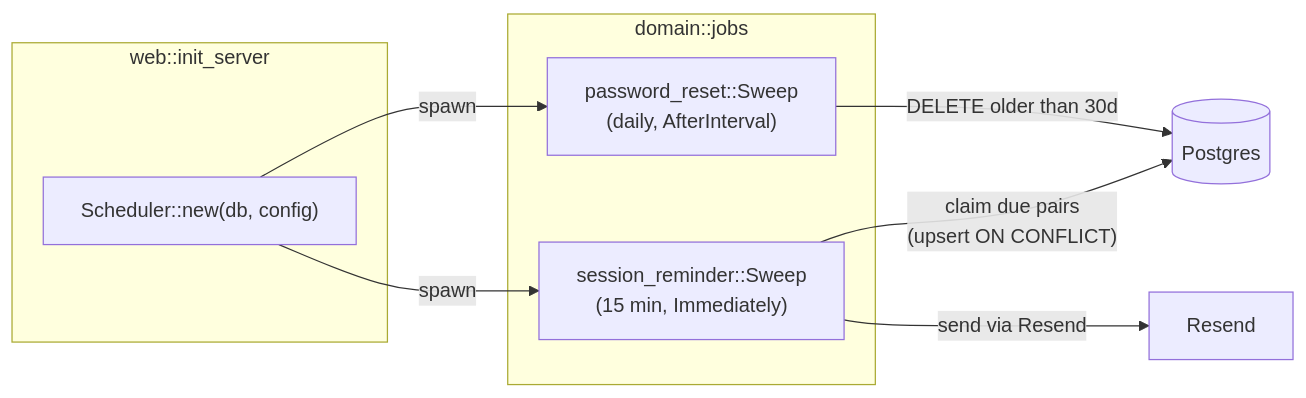
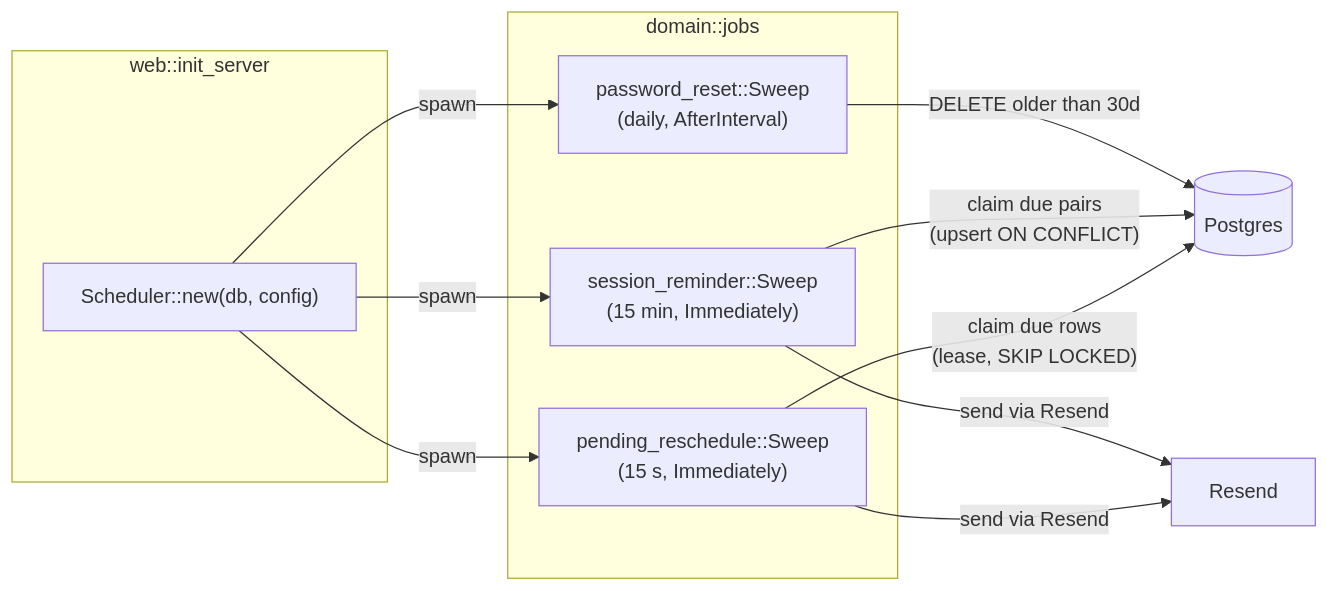
The diagram in docs/architecture/background_jobs.md (refactor-group/refactor-platform-rs), drawn with Mermaid before and after one commit. The commit also changed other lines of this file and 12 other files, not shown here.

````diff
--- a/docs/architecture/background_jobs.md
+++ b/docs/architecture/background_jobs.md
@@ -49,17 +49,21 @@
 ```mermaid
 flowchart LR
     subgraph web["web::init_server"]
         S["Scheduler::new(db, config)"]
     end
     subgraph jobs["domain::jobs"]
         PR["password_reset::Sweep\n(daily, AfterInterval)"]
         SR["session_reminder::Sweep\n(15 min, Immediately)"]
+        PRS["pending_reschedule::Sweep\n(15 s, Immediately)"]
     end
     DB[("Postgres")]
 
     S -->|spawn| PR
     S -->|spawn| SR
+    S -->|spawn| PRS
     PR -->|"DELETE older than 30d"| DB
     SR -->|"claim due pairs\n(upsert ON CONFLICT)"| DB
     SR -->|"send via Resend"| R["Resend"]
+    PRS -->|"claim due rows\n(lease, SKIP LOCKED)"| DB
+    PRS -->|"send via Resend"| R
 ```
````
